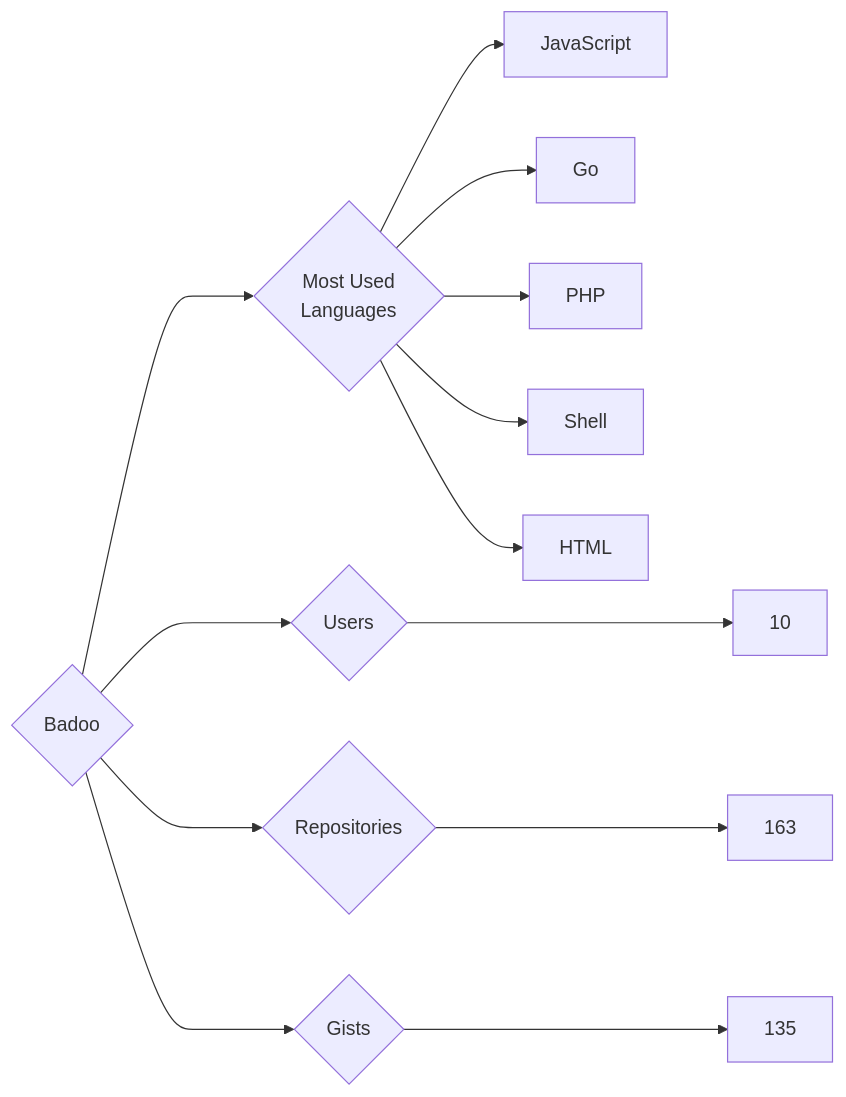
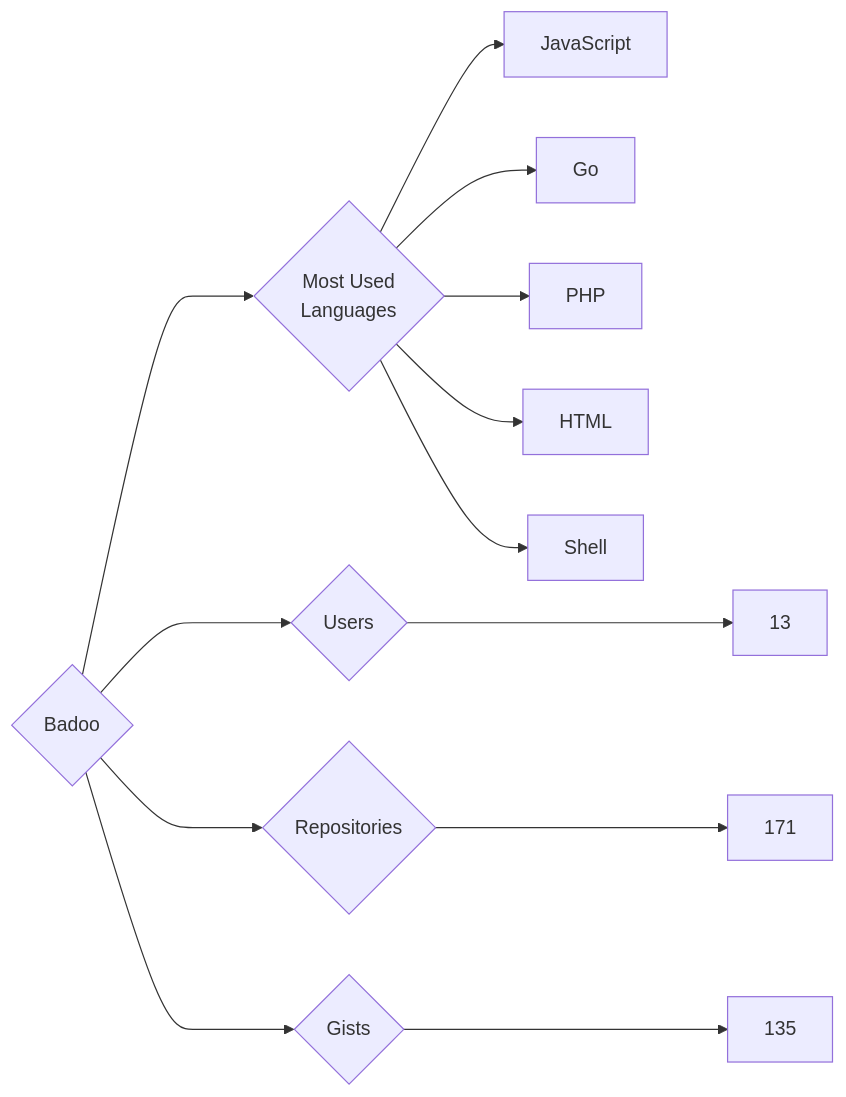
Before and after one commit to trickest/insiders: the diagram in targets/Badoo/README.md, drawn with Mermaid. The commit also changed 861 other files, not shown here.

````diff
--- a/targets/Badoo/README.md
+++ b/targets/Badoo/README.md
@@ -3,13 +3,13 @@
 ```mermaid
 graph LR
 COMPANY_NAME{Badoo}
-COMPANY_NAME ---> U{Users} ---> UN[10]
-COMPANY_NAME ---> R{Repositories} ---> RN[163]
+COMPANY_NAME ---> U{Users} ---> UN[13]
+COMPANY_NAME ---> R{Repositories} ---> RN[171]
 COMPANY_NAME ---> G{Gists} ---> GN[135]
 COMPANY_NAME ---> ML{Most Used<br>Languages}
 ML --> JavaScript[JavaScript]
 ML --> Go[Go]
 ML --> PHP[PHP]
+ML --> HTML[HTML]
 ML --> Shell[Shell]
-ML --> HTML[HTML]
 ```
````
